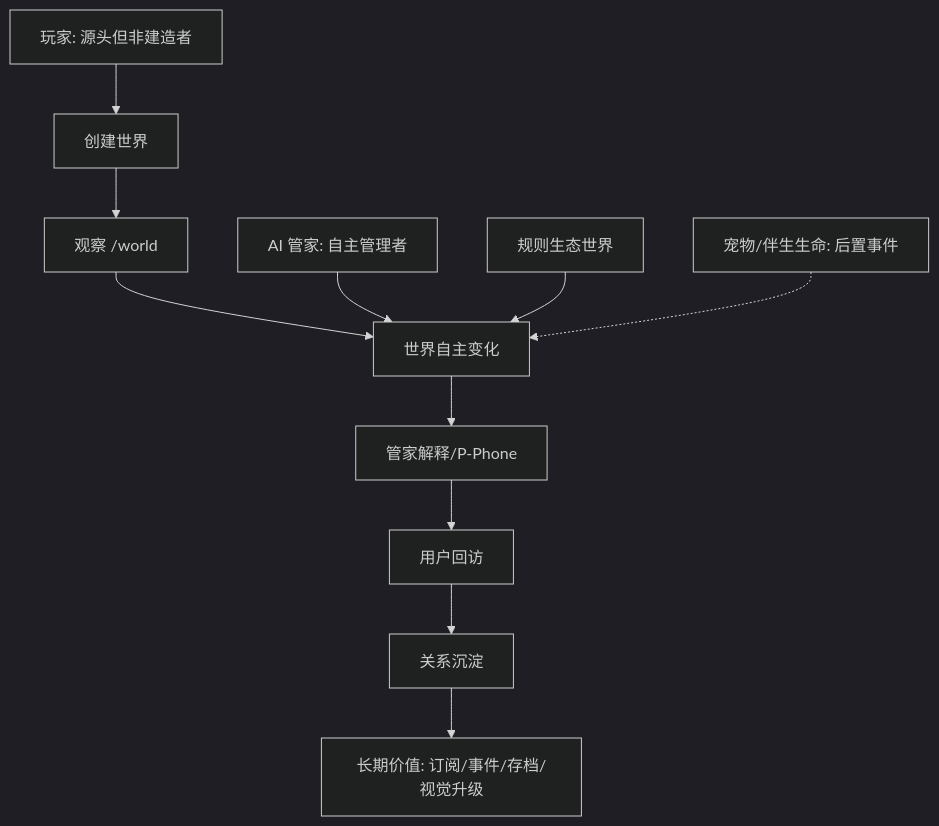
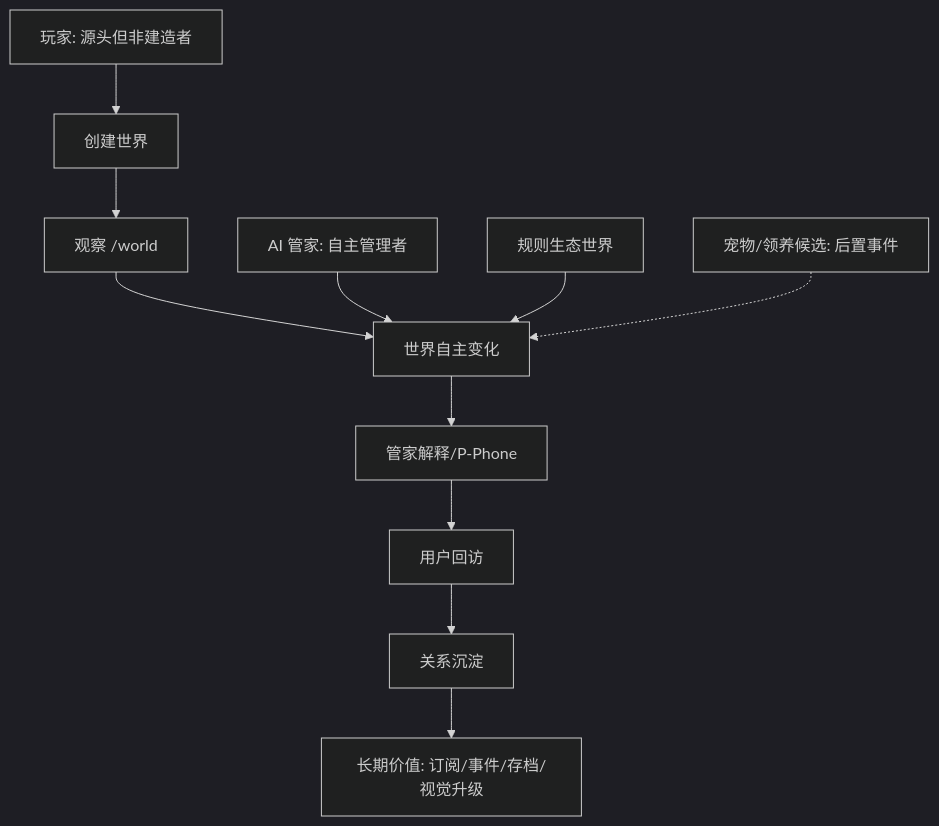
Before and after one commit to zhangshn/AI-PET-WORLD: the second of 4 diagrams in src/docs/AI_PET_WORLD_V2.3_COMPLETE_ARCHITECTURE_BUSINESS_LOGIC_CODE_2026-05-24.md, drawn with Mermaid (dark theme). The commit also changed other lines of this file and 106 other files, not shown here.

````diff
--- a/src/docs/AI_PET_WORLD_V2.3_COMPLETE_ARCHITECTURE_BUSINESS_LOGIC_CODE_2026-05-24.md
+++ b/src/docs/AI_PET_WORLD_V2.3_COMPLETE_ARCHITECTURE_BUSINESS_LOGIC_CODE_2026-05-24.md
@@ -78,13 +80,13 @@
 ```mermaid
 flowchart TB
   Create[创建世界] --> Observe[观察 /world]
   Observe --> Change[世界自主变化]
   Change --> Explain[管家解释/P-Phone]
   Explain --> Return[用户回访]
   Return --> Relation[关系沉淀]
   Relation --> Value[长期价值: 订阅/事件/存档/视觉升级]
   Player[玩家: 源头但非建造者] --> Create
   Butler[AI 管家: 自主管理者] --> Change
   World[规则生态世界] --> Change
-  Life[宠物/伴生生命: 后置事件] -.-> Change
+  Life[宠物/领养候选: 后置事件] -.-> Change
 ```
````
